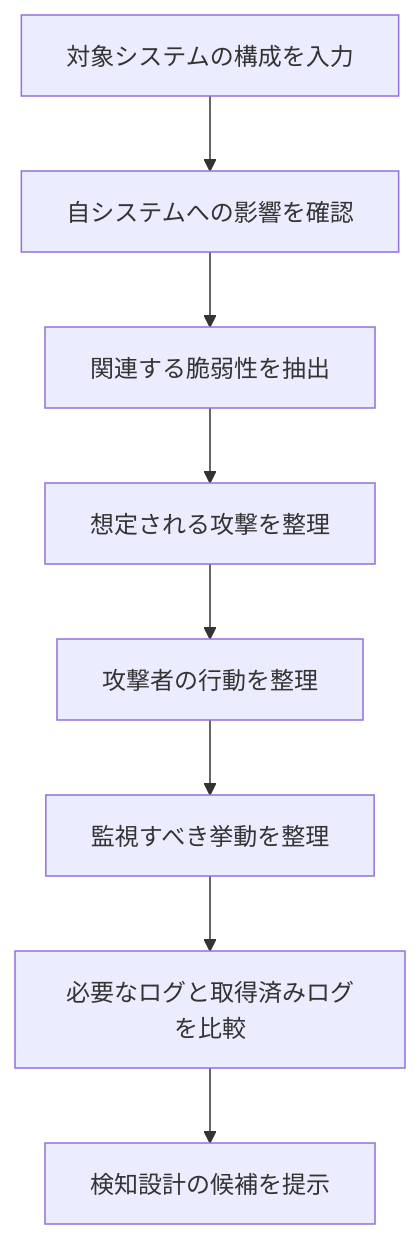
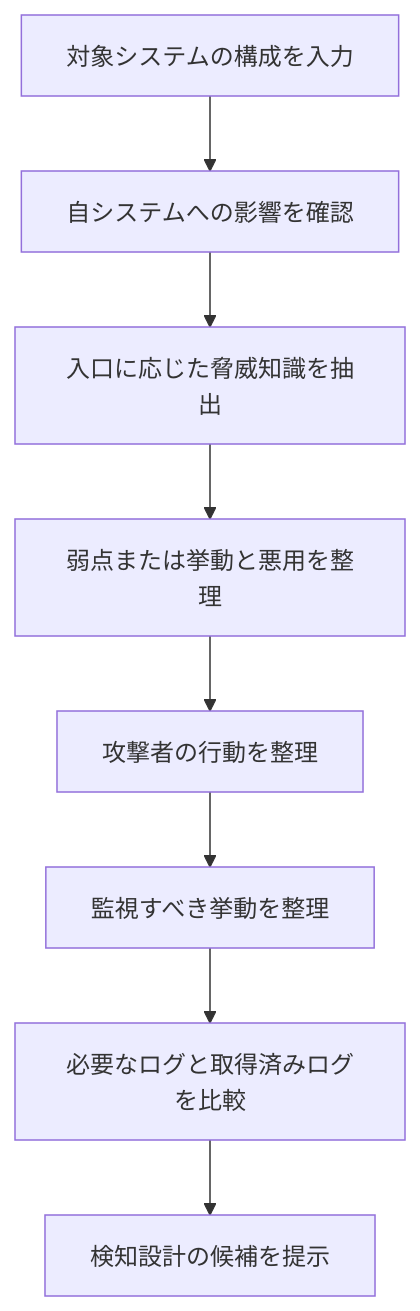
One commit to satokenn/threat-to-detection changed the first of 6 diagrams in docs/design.md. Above: the diagram before and after it, drawn with Mermaid. The commit also changed other lines of this file and 53 other files, not shown here.

````diff
--- a/docs/design.md
+++ b/docs/design.md
@@ -48,13 +48,13 @@
 ```mermaid
 flowchart TD
     A[対象システムの構成を入力]
     B[自システムへの影響を確認]
-    C[関連する脆弱性を抽出]
-    D[想定される攻撃を整理]
+    C[入口に応じた脅威知識を抽出]
+    D[弱点または挙動と悪用を整理]
     E[攻撃者の行動を整理]
     F[監視すべき挙動を整理]
     G[必要なログと取得済みログを比較]
     H[検知設計の候補を提示]
 
     A --> B --> C --> D --> E --> F --> G --> H
 ```
````
